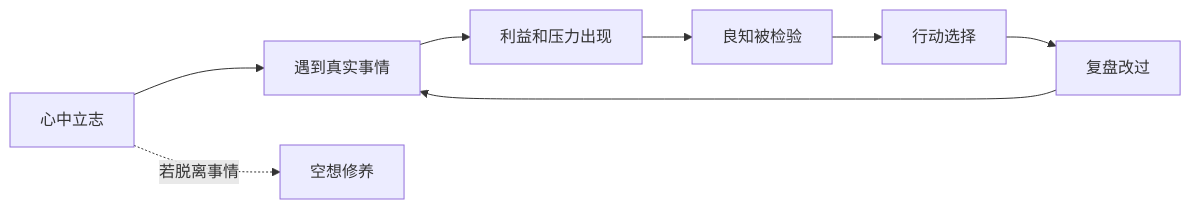
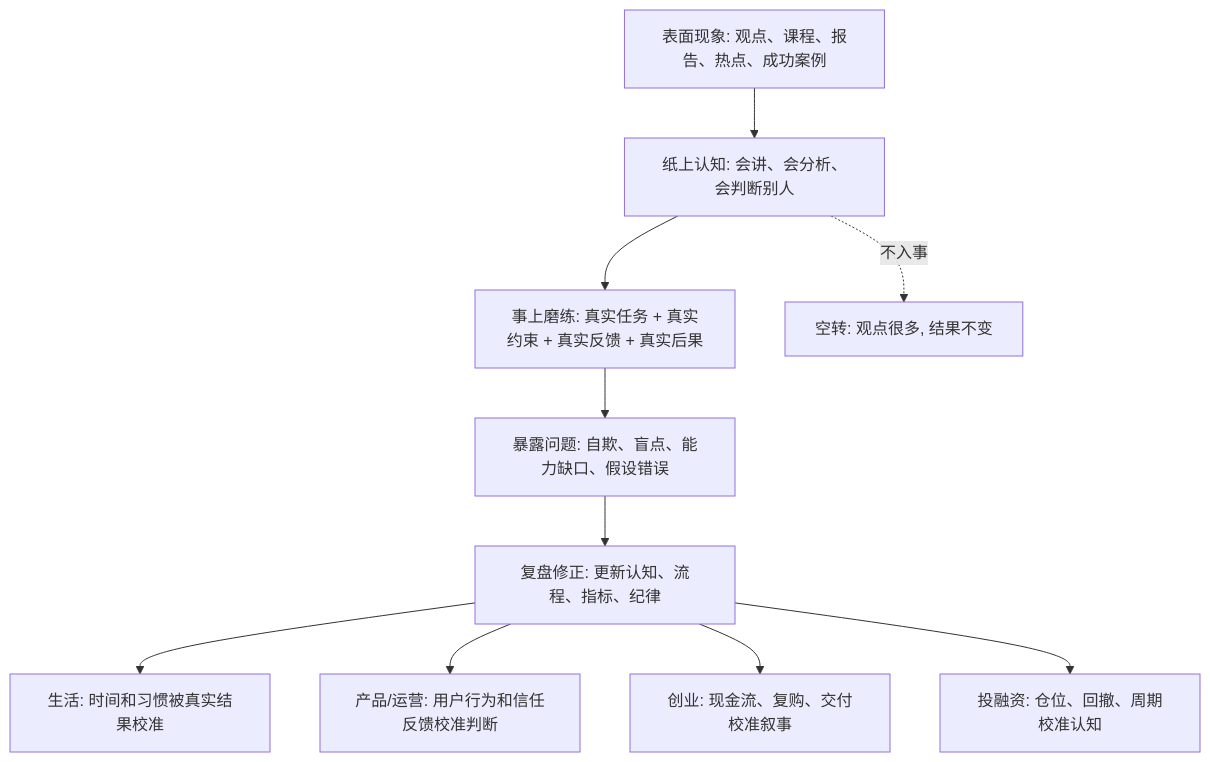
One commit to digoal/blog changed the diagram in 202605/20260518_81.md. Above: the diagram before and after it, drawn with Mermaid. The commit also changed other lines of this file and 51 other files, not shown here.

````diff
--- a/202605/20260518_81.md
+++ b/202605/20260518_81.md
@@ -22,10 +22,12 @@
 ```mermaid
-flowchart LR
-  A["心中立志"] --> B["遇到真实事情"]
-  B --> C["利益和压力出现"]
-  C --> D["良知被检验"]
-  D --> E["行动选择"]
-  E --> F["复盘改过"]
-  F --> B
-  A -. "若脱离事情" .-> G["空想修养"]
+flowchart TD
+  A["表面现象: 观点、课程、报告、热点、成功案例"] --> B["纸上认知: 会讲、会分析、会判断别人"]
+  B --> C["事上磨练: 真实任务 + 真实约束 + 真实反馈 + 真实后果"]
+  C --> D["暴露问题: 自欺、盲点、能力缺口、假设错误"]
+  D --> E["复盘修正: 更新认知、流程、指标、纪律"]
+  E --> F["生活: 时间和习惯被真实结果校准"]
+  E --> G["产品/运营: 用户行为和信任反馈校准判断"]
+  E --> H["创业: 现金流、复购、交付校准叙事"]
+  E --> I["投融资: 仓位、回撤、周期校准认知"]
+  B -. "不入事" .-> J["空转: 观点很多, 结果不变"]
 ```
````
